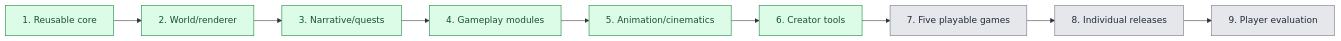
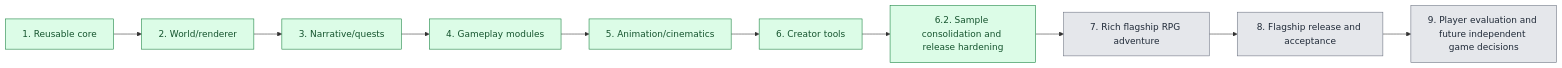
Before and after one commit to hmmftg/game-kids-turn-based-rpg: the diagram in README.md, drawn with Mermaid. The commit also changed other lines of this file and 21 other files, not shown here.

Commit message:
docs(samples): make Garden the flagship reference game

````diff
--- a/README.md
+++ b/README.md
@@ -21,9 +25,9 @@
 ```mermaid
 flowchart LR
-  P1["1. Reusable core"] --> P2["2. World/renderer"] --> P3["3. Narrative/quests"] --> P4["4. Gameplay modules"] --> P5["5. Animation/cinematics"] --> P6["6. Creator tools"] --> P7["7. Five playable games"] --> P8["8. Individual releases"] --> P9["9. Player evaluation"]
+  P1["1. Reusable core"] --> P2["2. World/renderer"] --> P3["3. Narrative/quests"] --> P4["4. Gameplay modules"] --> P5["5. Animation/cinematics"] --> P6["6. Creator tools"] --> P6_2["6.2. Sample consolidation and release hardening"] --> P7["7. Rich flagship RPG adventure"] --> P8["8. Flagship release and acceptance"] --> P9["9. Player evaluation and future independent game decisions"]
   classDef complete fill:#dcfce7,stroke:#15803d,color:#14532d
   classDef next fill:#fef3c7,stroke:#b45309,color:#78350f
   classDef planned fill:#e5e7eb,stroke:#6b7280,color:#1f2937
-  class P1,P2,P3,P4,P5,P6 complete
+  class P1,P2,P3,P4,P5,P6,P6_2 complete
   class P7,P8,P9 planned
 ```
````
